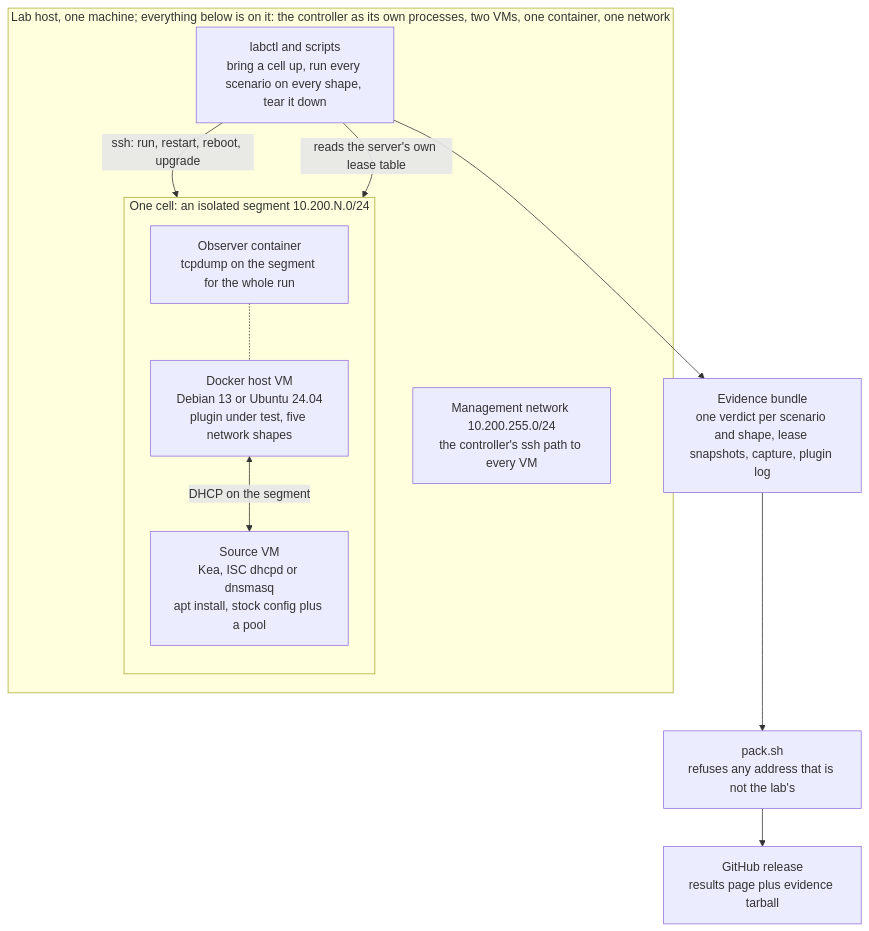
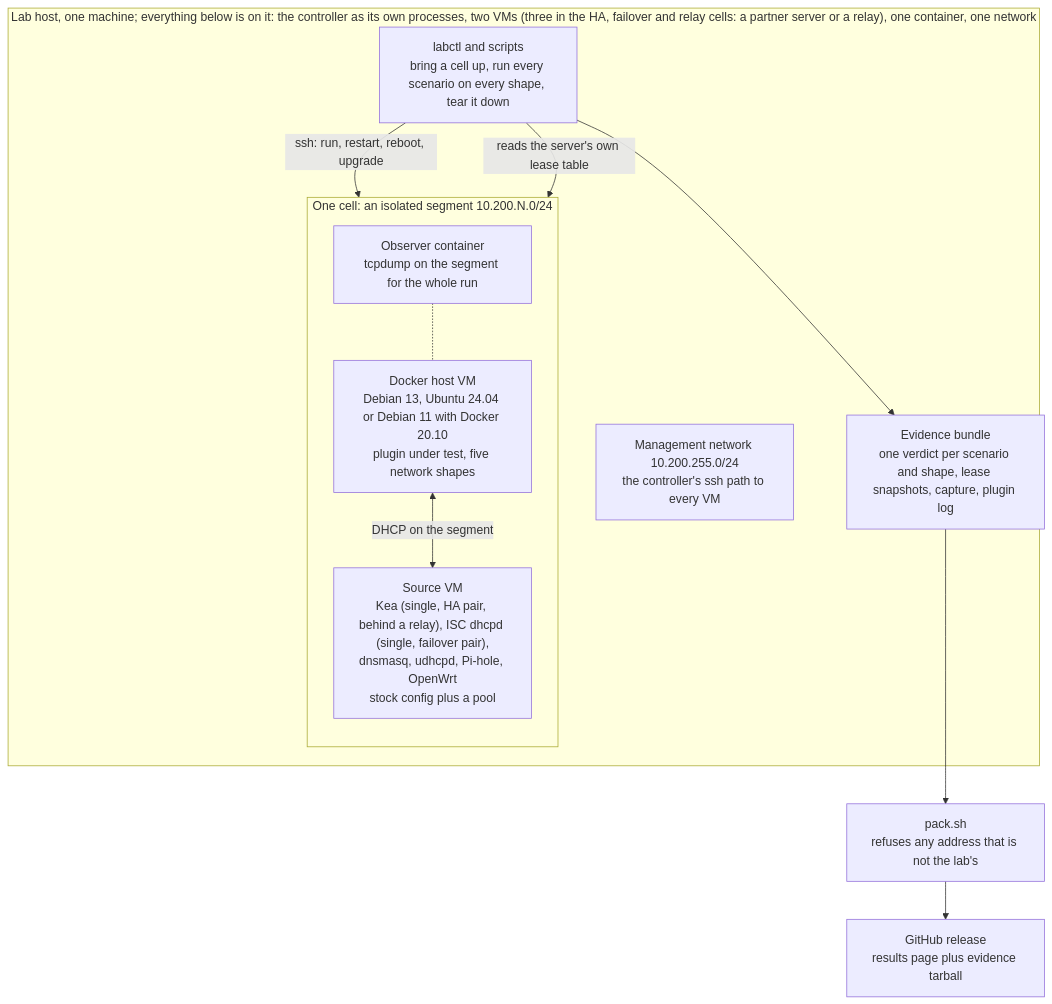
Before and after one commit to claymore666/docker-net-dhcp: the diagram in docs/testing.md, drawn with Mermaid. The commit also changed other lines of this file and 2 other files, not shown here.

Commit message:
docs: README and testing.md name the lab coverage, APIPA fallback and metrics (#1417)

````diff
--- a/docs/testing.md
+++ b/docs/testing.md
@@ -92,20 +92,20 @@
 ```mermaid
 flowchart TB
-  subgraph labhost["Lab host, one machine; everything below is on it: the controller as its own processes, two VMs, one container, one network"]
+  subgraph labhost["Lab host, one machine; everything below is on it: the controller as its own processes, two VMs (three in the HA, failover and relay cells: a partner server or a relay), one container, one network"]
     CTL["labctl and scripts<br/>bring a cell up, run every scenario on every shape, tear it down"]
     subgraph cell["One cell: an isolated segment 10.200.N.0/24"]
       direction TB
-      SRC["Source VM<br/>Kea, ISC dhcpd or dnsmasq<br/>apt install, stock config plus a pool"]
-      DH["Docker host VM<br/>Debian 13 or Ubuntu 24.04<br/>plugin under test, five network shapes"]
+      SRC["Source VM<br/>Kea (single, HA pair, behind a relay), ISC dhcpd (single, failover pair),<br/>dnsmasq, udhcpd, Pi-hole, OpenWrt<br/>stock config plus a pool"]
+      DH["Docker host VM<br/>Debian 13, Ubuntu 24.04 or Debian 11 with Docker 20.10<br/>plugin under test, five network shapes"]
       OBS["Observer container<br/>tcpdump on the segment for the whole run"]
     end
     MG["Management network 10.200.255.0/24<br/>the controller's ssh path to every VM"]
   end
   CTL -- "ssh: run, restart, reboot, upgrade" --> DH
   CTL -- "reads the server's own lease table" --> SRC
   DH <-- "DHCP on the segment" --> SRC
   OBS -.- DH
   CTL --> EV["Evidence bundle<br/>one verdict per scenario and shape, lease snapshots, capture, plugin log"]
   EV --> PK["pack.sh<br/>refuses any address that is not the lab's"]
   PK --> REL["GitHub release<br/>results page plus evidence tarball"]
 ```
````
